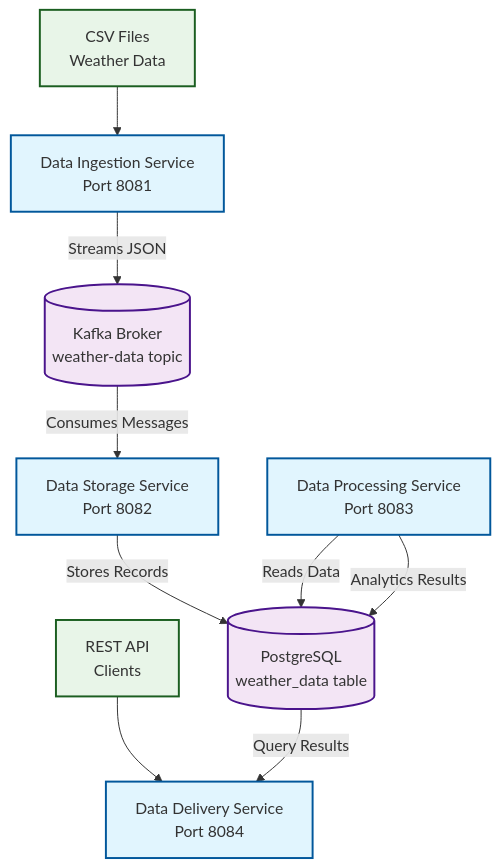
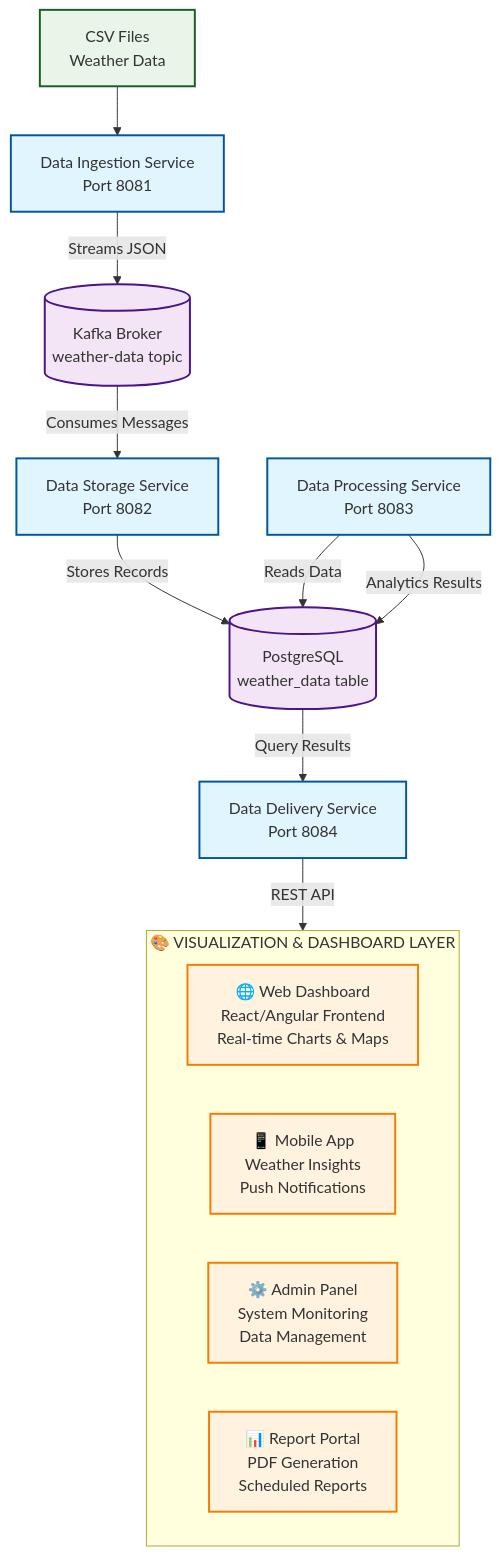
Before and after one commit to ndewacosmas/Batch-Data-Processing-Architecture-Application-: the second of 3 diagrams in README.md, drawn with Mermaid.

````diff
--- a/README.md
+++ b/README.md
@@ -96,35 +96,53 @@
 ```mermaid
 graph TD
     %% External Components
     CSV[CSV Files<br/>Weather Data] --> DIS
-    API_CLIENTS[REST API<br/>Clients] --> DDS
     
     %% Infrastructure Components
     KAFKA[(Kafka Broker<br/>weather-data topic)]
     DB[(PostgreSQL<br/>weather_data table)]
     
     %% Microservices
     DIS[Data Ingestion Service<br/>Port 8081]
     DSS[Data Storage Service<br/>Port 8082]
     DPS[Data Processing Service<br/>Port 8083]
     DDS[Data Delivery Service<br/>Port 8084]
     
     %% Data Flow Connections
     DIS -->|Streams JSON| KAFKA
     KAFKA -->|Consumes Messages| DSS
     DSS -->|Stores Records| DB
     DPS -->|Reads Data| DB
     DB -->|Query Results| DDS
     
     %% Service Interactions
     DPS -->|Analytics Results| DB
     
+    %% Visualization & Dashboard Layer
+    subgraph DASHBOARD["🎨 VISUALIZATION & DASHBOARD LAYER"]
+        WEB[🌐 Web Dashboard<br/>React/Angular Frontend<br/>Real-time Charts & Maps]
+        MOBILE[📱 Mobile App<br/>Weather Insights<br/>Push Notifications]
+        ADMIN[⚙️ Admin Panel<br/>System Monitoring<br/>Data Management]
+        REPORTS[📊 Report Portal<br/>PDF Generation<br/>Scheduled Reports]
+    end
+    
+
+    
+
+    
+    %% Dashboard Connections
+    DDS -->|REST API| DASHBOARD
+    
+
+    
     %% Styling for different component types
     classDef service fill:#e1f5fe,stroke:#01579b,stroke-width:2px
     classDef infrastructure fill:#f3e5f5,stroke:#4a148c,stroke-width:2px
     classDef external fill:#e8f5e8,stroke:#1b5e20,stroke-width:2px
+    classDef dashboard fill:#fff3e0,stroke:#f57c00,stroke-width:2px
     
     class DIS,DSS,DPS,DDS service
     class KAFKA,DB infrastructure
-    class CSV,API_CLIENTS external
+    class CSV external
+    class WEB,MOBILE,ADMIN,REPORTS dashboard
 ```
````
